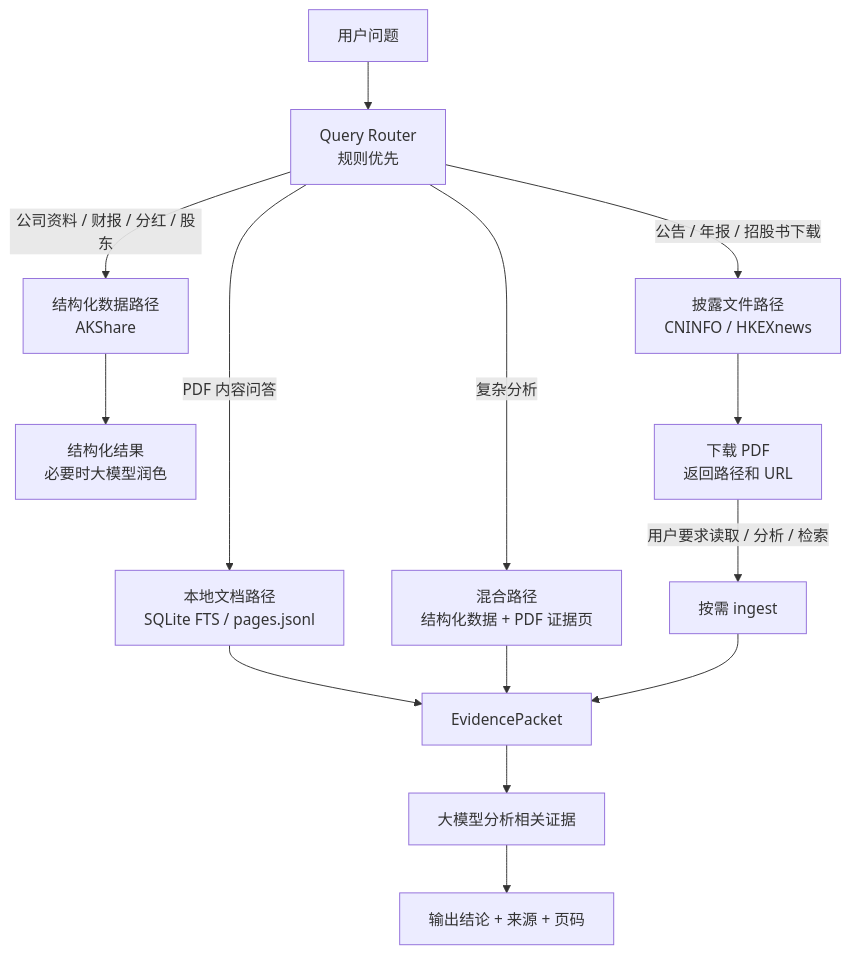
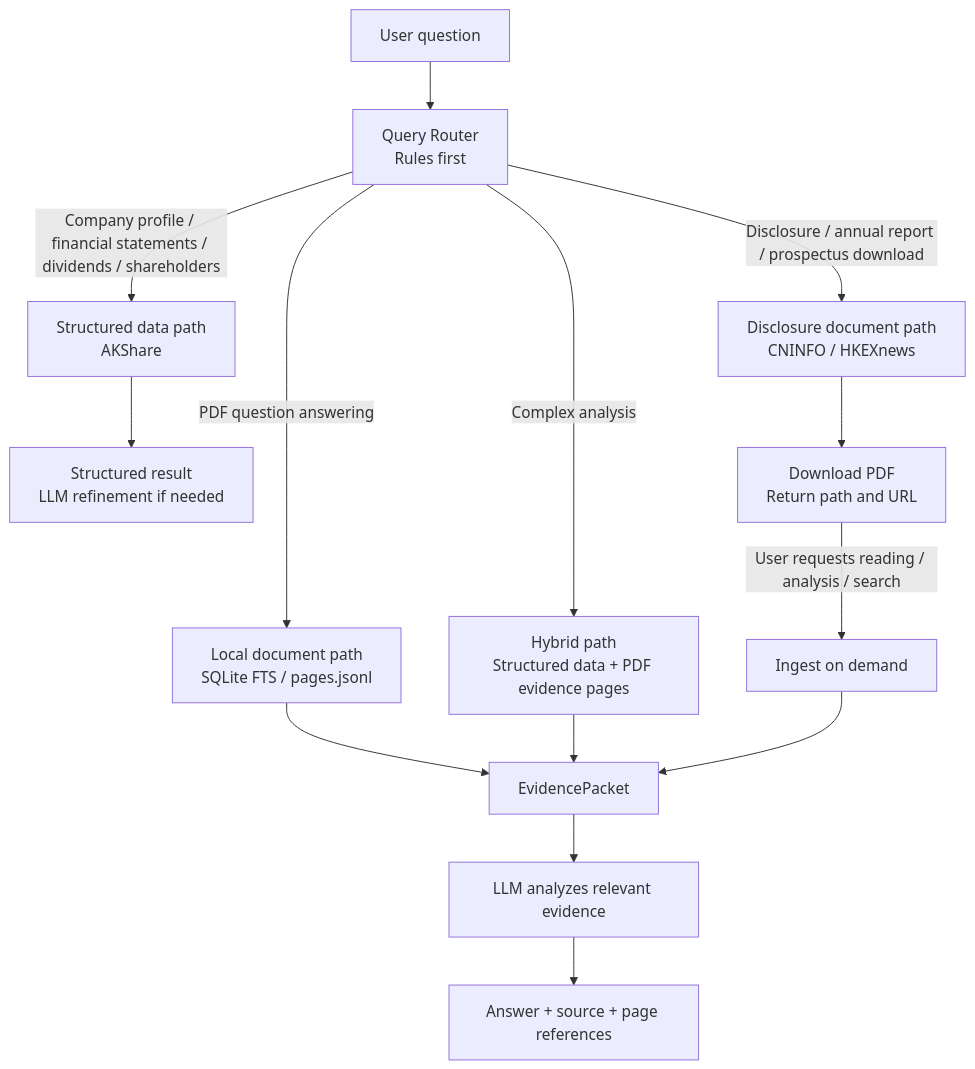
The first of 2 diagrams in docs/A3_WORKFLOW.md (hc938456/ah-disclosure-kit), drawn with Mermaid before and after one commit. The commit also changed other lines of this file and 24 other files, not shown here.

````diff
--- a/docs/A3_WORKFLOW.md
+++ b/docs/A3_WORKFLOW.md
@@ -20,21 +20,21 @@
 ```mermaid
 flowchart TB
-    Q["用户问题"]
-    R["Query Router<br/>规则优先"]
+    Q["User question"]
+    R["Query Router<br/>Rules first"]
 
     Q --> R
 
-    R -->|公司资料 / 财报 / 分红 / 股东| S["结构化数据路径<br/>AKShare"]
-    R -->|公告 / 年报 / 招股书下载| F["披露文件路径<br/>CNINFO / HKEXnews"]
-    R -->|PDF 内容问答| P["本地文档路径<br/>SQLite FTS / pages.jsonl"]
-    R -->|复杂分析| H["混合路径<br/>结构化数据 + PDF 证据页"]
+    R -->|Company profile / financial statements / dividends / shareholders| S["Structured data path<br/>AKShare"]
+    R -->|Disclosure / annual report / prospectus download| F["Disclosure document path<br/>CNINFO / HKEXnews"]
+    R -->|PDF question answering| P["Local document path<br/>SQLite FTS / pages.jsonl"]
+    R -->|Complex analysis| H["Hybrid path<br/>Structured data + PDF evidence pages"]
 
-    S --> O1["结构化结果<br/>必要时大模型润色"]
-    F --> DL["下载 PDF<br/>返回路径和 URL"]
-    DL -->|用户要求读取 / 分析 / 检索| I["按需 ingest"]
+    S --> O1["Structured result<br/>LLM refinement if needed"]
+    F --> DL["Download PDF<br/>Return path and URL"]
+    DL -->|User requests reading / analysis / search| I["Ingest on demand"]
     P --> E["EvidencePacket"]
     H --> E
     I --> E
-    E --> L["大模型分析相关证据"]
-    L --> O2["输出结论 + 来源 + 页码"]
+    E --> L["LLM analyzes relevant evidence"]
+    L --> O2["Answer + source + page references"]
 ```
````
